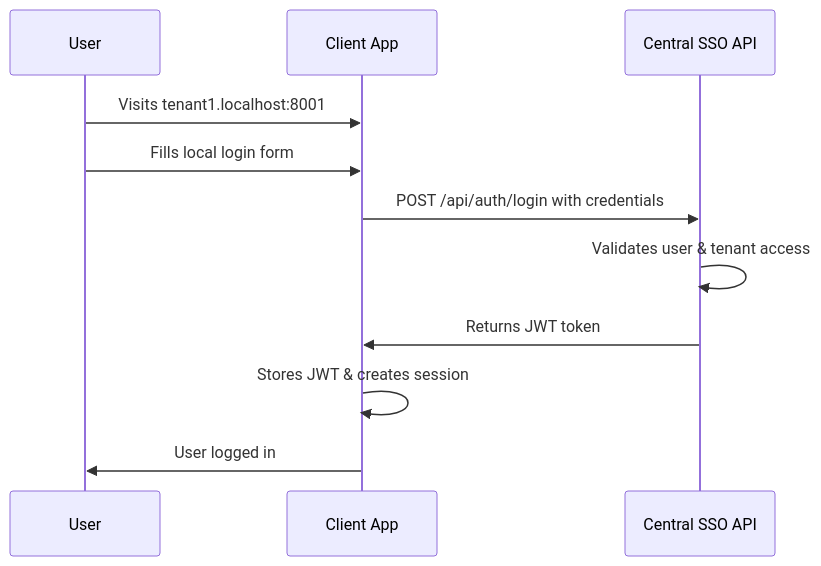
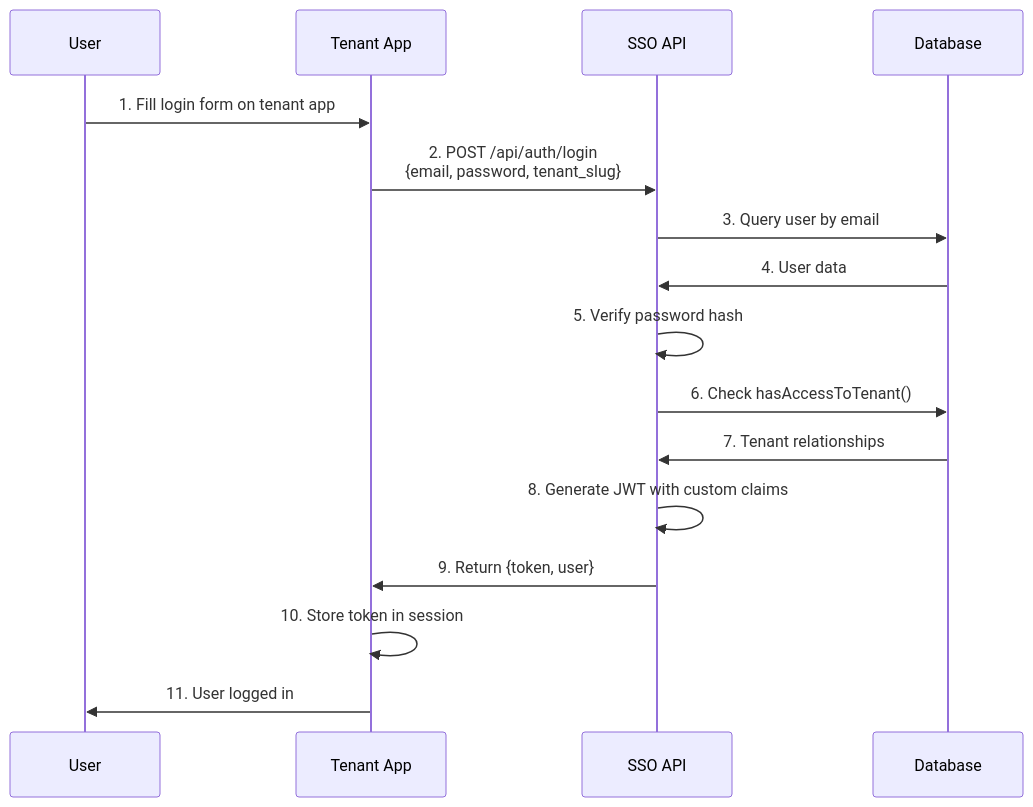
The third of 7 diagrams in docs/authentication-flow.md (hi-dil/SSO-POC), drawn with Mermaid before and after one commit. The commit also changed other lines of this file and 6 other files, not shown here.

Commit message:
add login with sso

````diff
--- a/docs/authentication-flow.md
+++ b/docs/authentication-flow.md
@@ -40,14 +70,19 @@
 ```mermaid
 sequenceDiagram
     participant U as User
-    participant C as Client App
-    participant S as Central SSO API
+    participant T as Tenant App
+    participant API as SSO API
+    participant DB as Database
     
-    U->>C: Visits tenant1.localhost:8001
-    U->>C: Fills local login form
-    C->>S: POST /api/auth/login with credentials
-    S->>S: Validates user & tenant access
-    S->>C: Returns JWT token
-    C->>C: Stores JWT & creates session
-    C->>U: User logged in
+    U->>T: 1. Fill login form on tenant app
+    T->>API: 2. POST /api/auth/login<br/>{email, password, tenant_slug}
+    API->>DB: 3. Query user by email
+    DB->>API: 4. User data
+    API->>API: 5. Verify password hash
+    API->>DB: 6. Check hasAccessToTenant()
+    DB->>API: 7. Tenant relationships
+    API->>API: 8. Generate JWT with custom claims
+    API->>T: 9. Return {token, user}
+    T->>T: 10. Store token in session
+    T->>U: 11. User logged in
 ```
````
